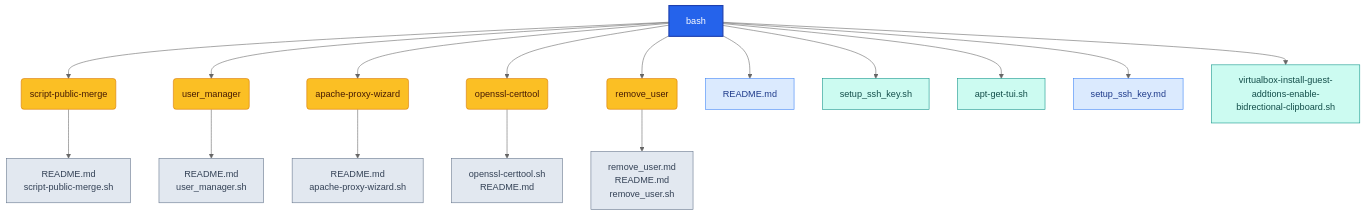
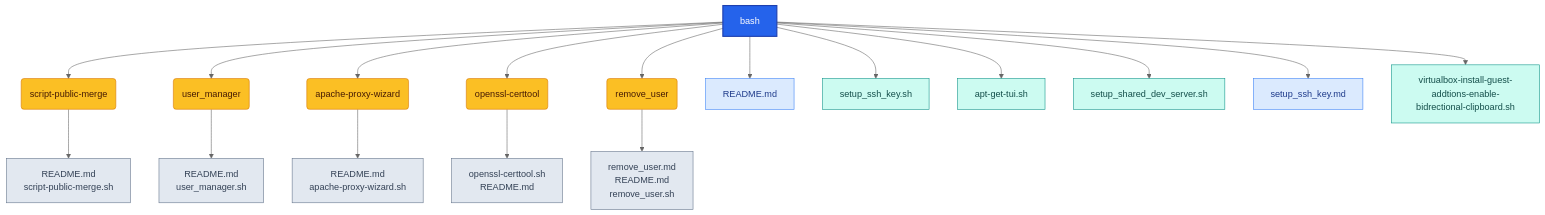
One commit to Richie086/scripts-public changed the diagram in bash/README.md. Above: the diagram before and after it, drawn with Mermaid (neutral theme). The commit also changed 4 other files, not shown here.

Commit message:
Add shared dev server setup script and infrastructure guide

````diff
--- a/bash/README.md
+++ b/bash/README.md
@@ -17,23 +17,24 @@
 ```mermaid
 graph TD
 	root["bash"]:::root --> n1("script-public-merge"):::folder
 	root["bash"]:::root --> n2("user_manager"):::folder
 	root["bash"]:::root --> n3("apache-proxy-wizard"):::folder
 	root["bash"]:::root --> n4("openssl-certtool"):::folder
 	root["bash"]:::root --> n5("remove_user"):::folder
 	root["bash"]:::root --> n6["README.md"]:::file-md
 	root["bash"]:::root --> n7["setup_ssh_key.sh"]:::file-sh
 	root["bash"]:::root --> n8["apt-get-tui.sh"]:::file-sh
-	root["bash"]:::root --> n9["setup_ssh_key.md"]:::file-md
-	root["bash"]:::root --> n10["virtualbox-install-guest-addtions-enable-bidrectional-clipboard.sh"]:::file-sh
+	root["bash"]:::root --> n9["setup_shared_dev_server.sh"]:::file-sh
+	root["bash"]:::root --> n10["setup_ssh_key.md"]:::file-md
+	root["bash"]:::root --> n11["virtualbox-install-guest-addtions-enable-bidrectional-clipboard.sh"]:::file-sh
 	n1 --> n1_2["README.md<br>script-public-merge.sh"]:::file-bundle
 	n2 --> n2_2["README.md<br>user_manager.sh"]:::file-bundle
 	n3 --> n3_2["README.md<br>apache-proxy-wizard.sh"]:::file-bundle
 	n4 --> n4_2["openssl-certtool.sh<br>README.md"]:::file-bundle
 	n5 --> n5_3["remove_user.md<br>README.md<br>remove_user.sh"]:::file-bundle
 classDef root fill:#2563eb,stroke:#1e40af,stroke-width:2px,color:#ffffff;
 classDef folder fill:#fbbf24,stroke:#d97706,stroke-width:1px,color:#451a03;
 classDef file-bundle fill:#e2e8f0,stroke:#64748b,stroke-width:1px,color:#334155;
 classDef file-md fill:#dbeafe,stroke:#3b82f6,stroke-width:1px,color:#1e3a8a;
 classDef file-sh fill:#ccfbf1,stroke:#0d9488,stroke-width:1px,color:#134e4a;
 ```
````
